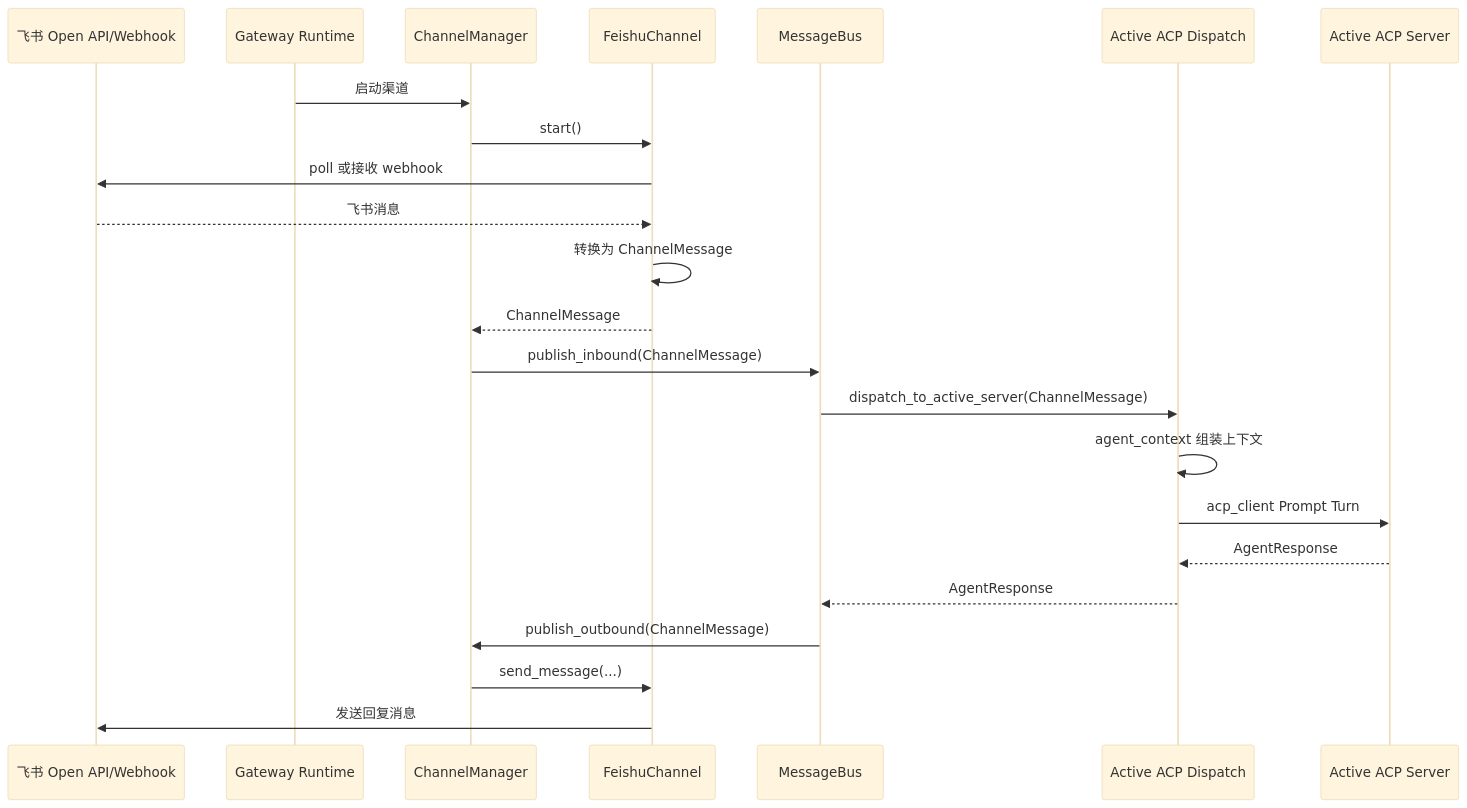
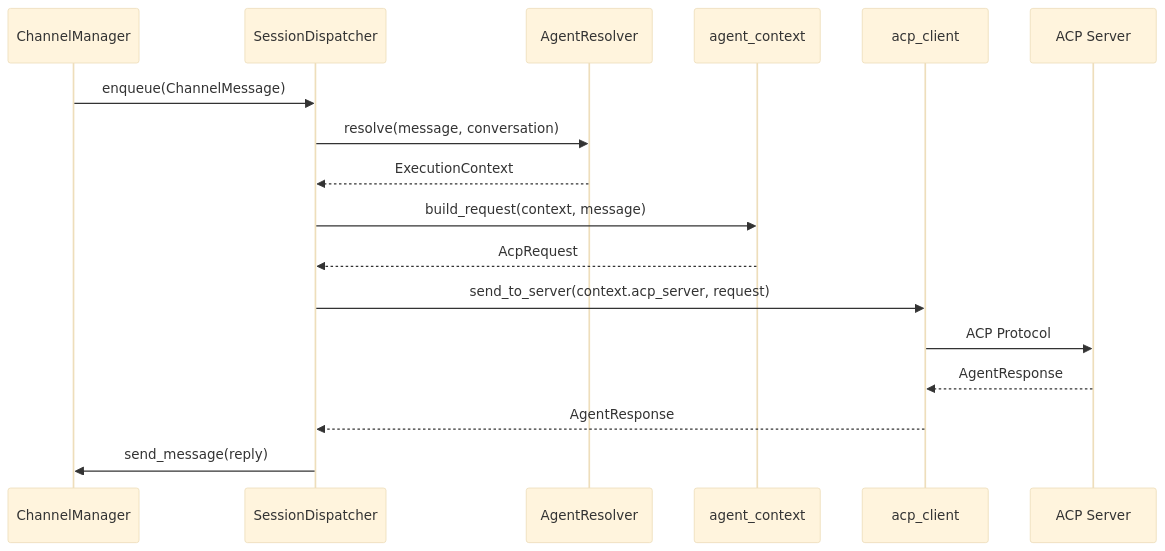
One commit to zhuxining/MindClaw changed the second of 3 diagrams in docs/architecture/00-overview.md. Above: the diagram before and after it, drawn with Mermaid (base theme). The commit also changed other lines of this file and 17 other files, not shown here.

First line of the commit message:
feat: add event bus for runtime events and message processing

````diff
--- a/docs/architecture/00-overview.md
+++ b/docs/architecture/00-overview.md
@@ -121,28 +132,20 @@
 ```mermaid
 sequenceDiagram
-    participant FS as 飞书 Open API/Webhook
-    participant RT as Gateway Runtime
     participant CM as ChannelManager
-    participant FC as FeishuChannel
-    participant MB as MessageBus
-    participant AD as Active ACP Dispatch
-    participant ACP as Active ACP Server
+    participant SD as SessionDispatcher
+    participant AR as AgentResolver
+    participant ACX as agent_context
+    participant ACP as acp_client
+    participant AS as ACP Server
 
-    RT->>CM: 启动渠道
-    CM->>FC: start()
-    FC->>FS: poll 或接收 webhook
-    FS-->>FC: 飞书消息
-    FC->>FC: 转换为 ChannelMessage
-    FC-->>CM: ChannelMessage
-    CM->>MB: publish_inbound(ChannelMessage)
-
-    MB->>AD: dispatch_to_active_server(ChannelMessage)
-    AD->>AD: agent_context 组装上下文
-    AD->>ACP: acp_client Prompt Turn
-    ACP-->>AD: AgentResponse
-    AD-->>MB: AgentResponse
-
-    MB->>CM: publish_outbound(ChannelMessage)
-    CM->>FC: send_message(...)
-    FC->>FS: 发送回复消息
+    CM->>SD: enqueue(ChannelMessage)
+    SD->>AR: resolve(message, conversation)
+    AR-->>SD: ExecutionContext
+    SD->>ACX: build_request(context, message)
+    ACX-->>SD: AcpRequest
+    SD->>ACP: send_to_server(context.acp_server, request)
+    ACP->>AS: ACP Protocol
+    AS-->>ACP: AgentResponse
+    ACP-->>SD: AgentResponse
+    SD->>CM: send_message(reply)
 ```
````
